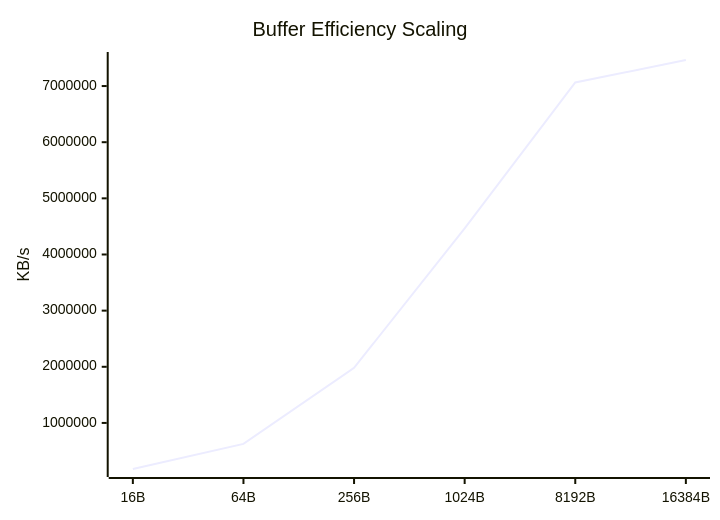
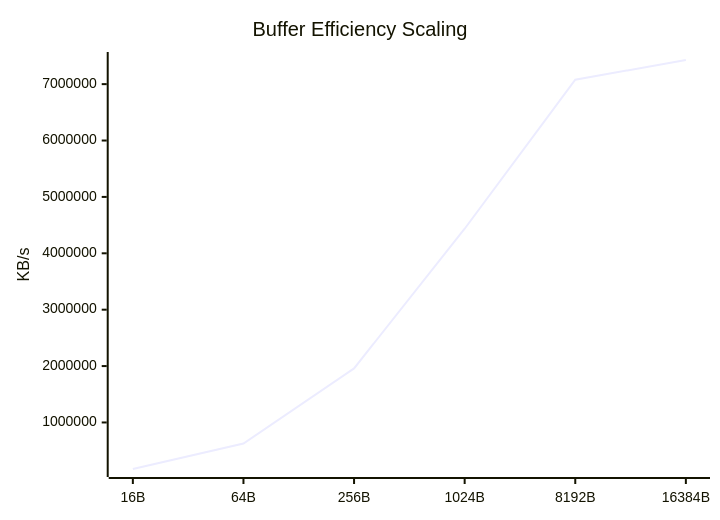
The seventh of 9 diagrams in docs/Comparison_Report.md (taha2samy/openssl_fips), drawn with Mermaid before and after one commit. The commit also changed other lines of this file and 3 other files, not shown here.

````diff
--- a/docs/Comparison_Report.md
+++ b/docs/Comparison_Report.md
@@ -110,7 +110,7 @@
 ```mermaid
 xychart-beta
     title "Buffer Efficiency Scaling"
     x-axis [16B, 64B, 256B, 1024B, 8192B, 16384B]
     y-axis "KB/s"
-    line [179541.2, 626338.02, 1980645.5, 4465583.62, 7064027.14, 7463952.38]
+    line [174768.26, 626183.9, 1958482.82, 4435612.16, 7078047.74, 7427973.12]
 ```
````
